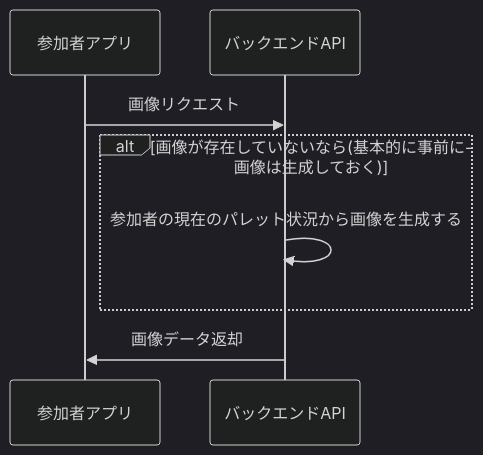
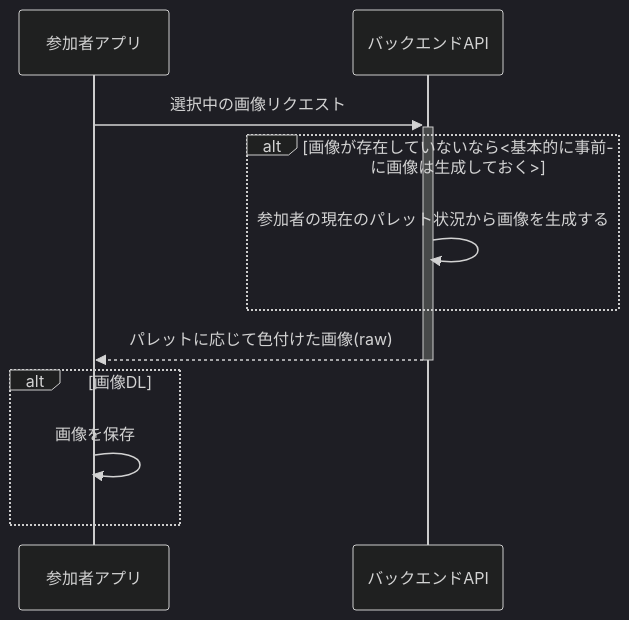
Before and after one commit to after-school-garbage-squad/repaint-architecture: the fourth of 9 diagrams in docs/sequence/mobile.md, drawn with Mermaid (dark theme). The commit also changed other lines of this file and 3 other files, not shown here.

````diff
--- a/docs/sequence/mobile.md
+++ b/docs/sequence/mobile.md
@@ -49,10 +50,13 @@
 ```mermaid
 sequenceDiagram
     participant app as 参加者アプリ
     participant back as バックエンドAPI
-    app ->> back: 画像リクエスト
-    alt 画像が存在していないなら(基本的に事前に画像は生成しておく)
+    app ->>+ back: 選択中の画像リクエスト
+    alt 画像が存在していないなら<基本的に事前に画像は生成しておく>
       back ->> back: 参加者の現在のパレット状況から画像を生成する
     end
-    back ->> app: 画像データ返却
+    back -->>- app: パレットに応じて色付けた画像(raw)
+    alt 画像DL
+        app ->> app: 画像を保存
+    end
 ```
````
